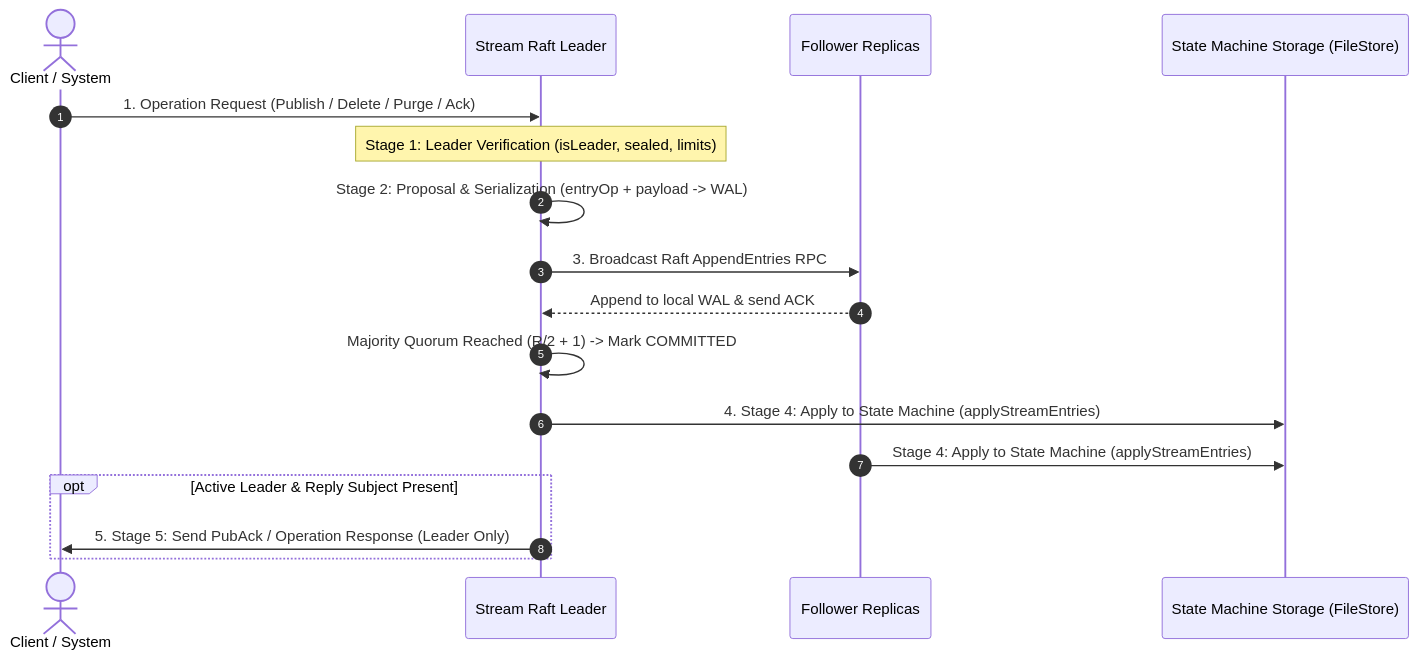
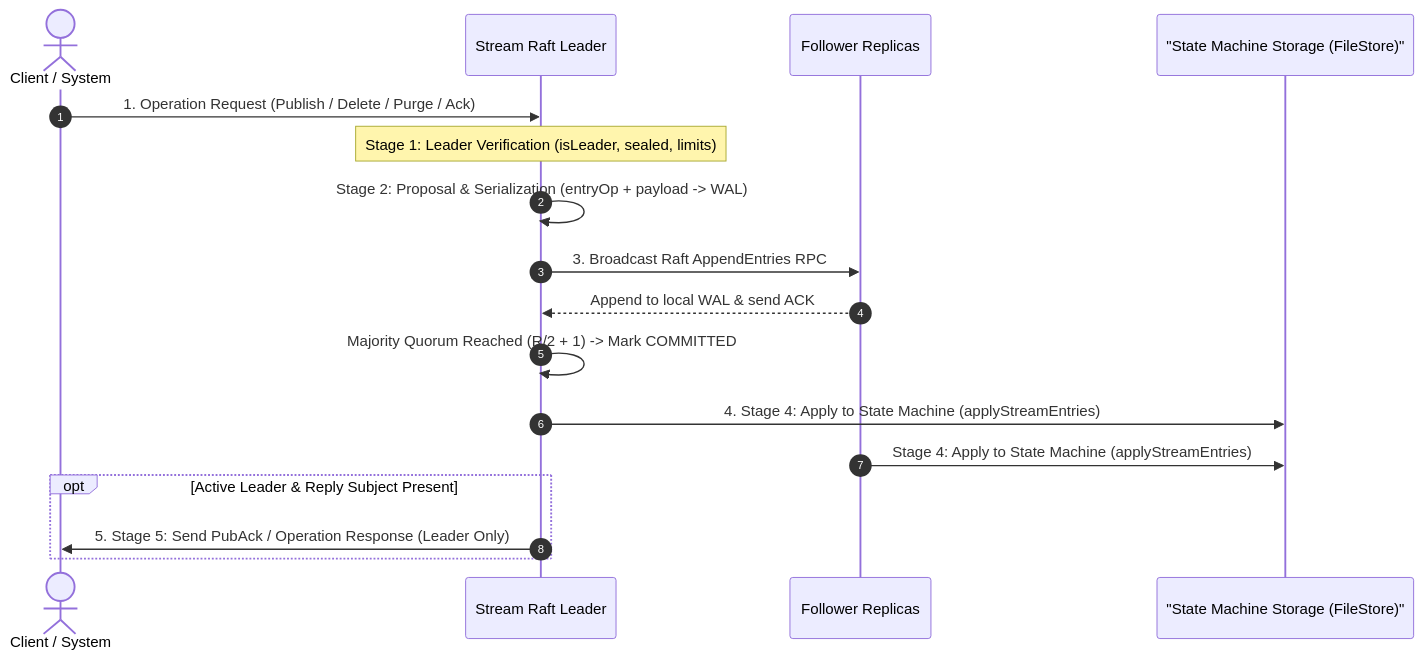
The diagram in supporting_documentation/streams/consistency/operation-flow.md (hemanthkumar2k19/nats-eval), drawn with Mermaid before and after one commit. The commit also changed 5 other files, not shown here.

Commit message:
fix: correct Mermaid sequence diagram syntax and quote participant labels in documentation

````diff
--- a/supporting_documentation/streams/consistency/operation-flow.md
+++ b/supporting_documentation/streams/consistency/operation-flow.md
@@ -42,20 +42,20 @@
 ```mermaid
 sequenceDiagram
     autonumber
     actor Client as Client / System
     participant Leader as Stream Raft Leader
     participant Followers as Follower Replicas
-    participant Storage as State Machine Storage (FileStore)
+    participant Storage as "State Machine Storage (FileStore)"
 
     Client->>Leader: 1. Operation Request (Publish / Delete / Purge / Ack)
     Note over Leader: Stage 1: Leader Verification (isLeader, sealed, limits)
     Leader->>Leader: Stage 2: Proposal & Serialization (entryOp + payload -> WAL)
     Leader->>Followers: 3. Broadcast Raft AppendEntries RPC
     Followers-->>Leader: Append to local WAL & send ACK
     Leader->>Leader: Majority Quorum Reached (R/2 + 1) -> Mark COMMITTED
     Leader->>Storage: 4. Stage 4: Apply to State Machine (applyStreamEntries)
     Followers->>Storage: Stage 4: Apply to State Machine (applyStreamEntries)
     opt Active Leader & Reply Subject Present
         Leader->>Client: 5. Stage 5: Send PubAck / Operation Response (Leader Only)
     end
 ```
````
